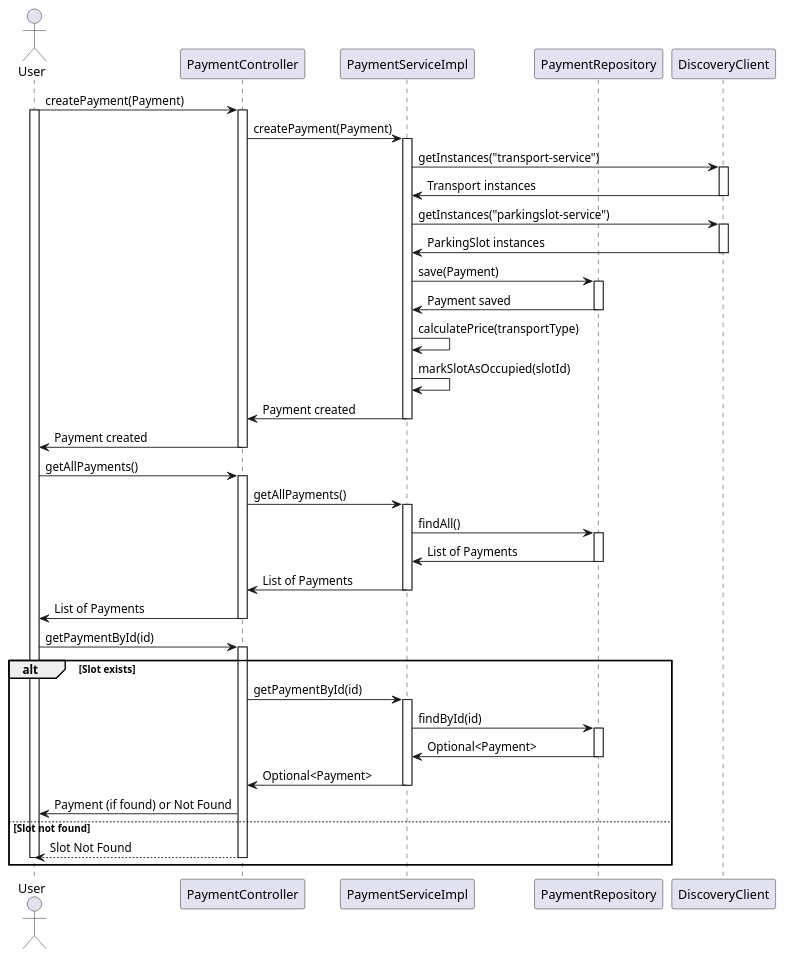
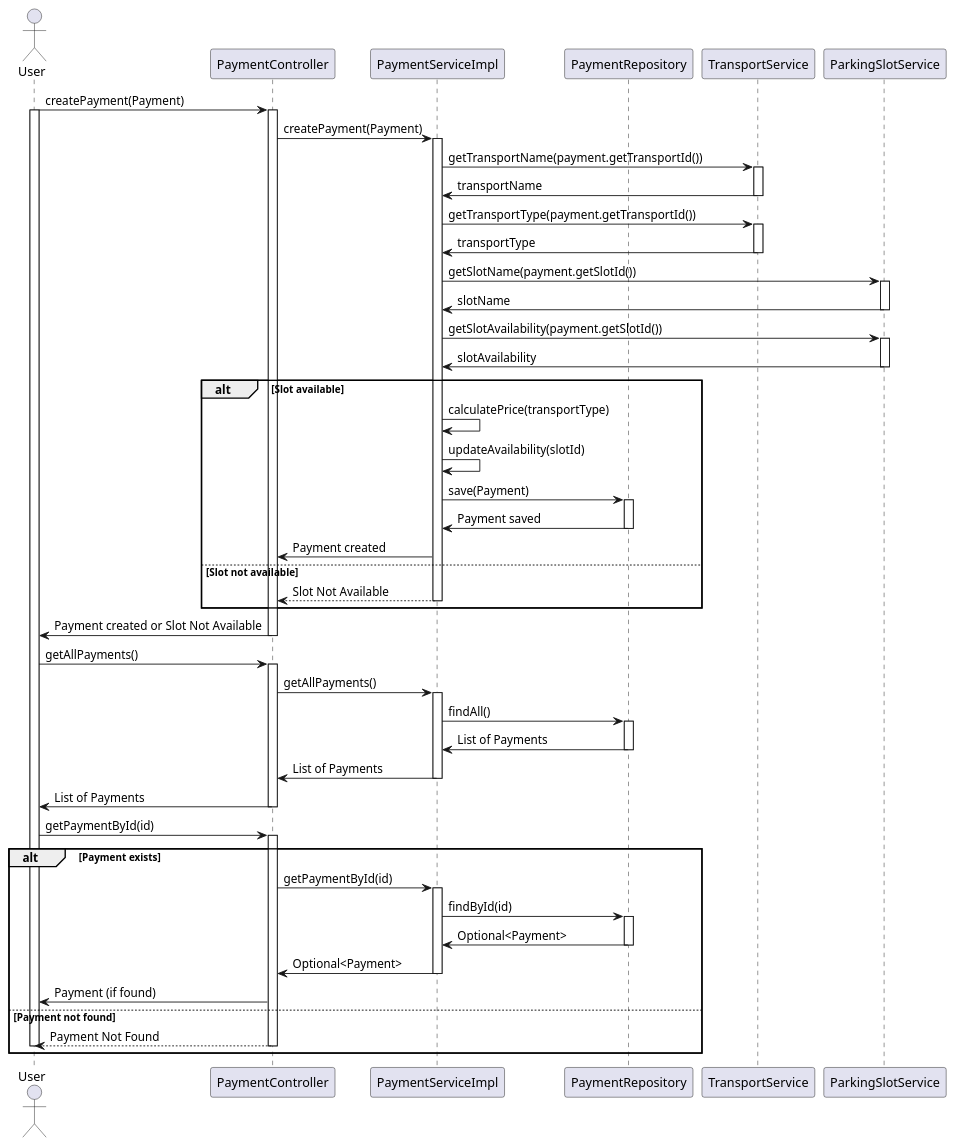
One commit to RakusasuDorea/MicroserviceDemo changed the diagram in payment-service/src/uml/Payment.puml. Above: the diagram before and after it, drawn with PlantUML.

```diff
--- a/payment-service/src/uml/Payment.puml
+++ b/payment-service/src/uml/Payment.puml
@@ -1,68 +1,85 @@
 @startuml
 
 actor User
 participant PaymentController
 participant PaymentServiceImpl
 participant PaymentRepository
-participant DiscoveryClient
+participant TransportService
+participant ParkingSlotService
 
 User -> PaymentController: createPayment(Payment)
 activate PaymentController
 activate User
 PaymentController -> PaymentServiceImpl: createPayment(Payment)
 activate PaymentServiceImpl
 
-PaymentServiceImpl -> DiscoveryClient: getInstances("transport-service")
-activate DiscoveryClient
-DiscoveryClient -> PaymentServiceImpl: Transport instances
-deactivate DiscoveryClient
+PaymentServiceImpl -> TransportService: getTransportName(payment.getTransportId())
+activate TransportService
+TransportService -> PaymentServiceImpl: transportName
+deactivate TransportService
 
-PaymentServiceImpl -> DiscoveryClient: getInstances("parkingslot-service")
-activate DiscoveryClient
-DiscoveryClient -> PaymentServiceImpl: ParkingSlot instances
-deactivate DiscoveryClient
+PaymentServiceImpl -> TransportService: getTransportType(payment.getTransportId())
+activate TransportService
+TransportService -> PaymentServiceImpl: transportType
+deactivate TransportService
 
-PaymentServiceImpl -> PaymentRepository: save(Payment)
-activate PaymentRepository
-PaymentRepository -> PaymentServiceImpl: Payment saved
-deactivate PaymentRepository
+PaymentServiceImpl -> ParkingSlotService: getSlotName(payment.getSlotId())
+activate ParkingSlotService
+ParkingSlotService -> PaymentServiceImpl: slotName
+deactivate ParkingSlotService
 
-PaymentServiceImpl -> PaymentServiceImpl: calculatePrice(transportType)
-PaymentServiceImpl -> PaymentServiceImpl: markSlotAsOccupied(slotId)
+PaymentServiceImpl -> ParkingSlotService: getSlotAvailability(payment.getSlotId())
+activate ParkingSlotService
+ParkingSlotService -> PaymentServiceImpl: slotAvailability
+deactivate ParkingSlotService
 
-PaymentServiceImpl -> PaymentController: Payment created
-deactivate PaymentServiceImpl
-PaymentController -> User: Payment created
+alt Slot available
+    PaymentServiceImpl -> PaymentServiceImpl: calculatePrice(transportType)
+    PaymentServiceImpl -> PaymentServiceImpl: updateAvailability(slotId)
+
+    PaymentServiceImpl -> PaymentRepository: save(Payment)
+    activate PaymentRepository
+    PaymentRepository -> PaymentServiceImpl: Payment saved
+    deactivate PaymentRepository
+
+    PaymentServiceImpl -> PaymentController: Payment created
+else Slot not available
+    PaymentServiceImpl --> PaymentController: Slot Not Available
+    deactivate PaymentServiceImpl
+end
+
+PaymentController -> User: Payment created or Slot Not Available
 deactivate PaymentController
 
 User -> PaymentController: getAllPayments()
 activate PaymentController
 PaymentController -> PaymentServiceImpl: getAllPayments()
 activate PaymentServiceImpl
 PaymentServiceImpl -> PaymentRepository: findAll()
 activate PaymentRepository
 PaymentRepository -> PaymentServiceImpl: List of Payments
 deactivate PaymentRepository
 PaymentServiceImpl -> PaymentController: List of Payments
 deactivate PaymentServiceImpl
 PaymentController -> User: List of Payments
 deactivate PaymentController
 
 User -> PaymentController: getPaymentById(id)
 activate PaymentController
-alt Slot exists
-PaymentController -> PaymentServiceImpl: getPaymentById(id)
-activate PaymentServiceImpl
-PaymentServiceImpl -> PaymentRepository: findById(id)
-activate PaymentRepository
-PaymentRepository -> PaymentServiceImpl: Optional<Payment>
-deactivate PaymentRepository
-PaymentServiceImpl -> PaymentController: Optional<Payment>
-deactivate PaymentServiceImpl
-PaymentController -> User: Payment (if found) or Not Found
-else Slot not found
-PaymentController --> User: Slot Not Found
-deactivate PaymentController
-deactivate User
+alt Payment exists
+    PaymentController -> PaymentServiceImpl: getPaymentById(id)
+    activate PaymentServiceImpl
+    PaymentServiceImpl -> PaymentRepository: findById(id)
+    activate PaymentRepository
+    PaymentRepository -> PaymentServiceImpl: Optional<Payment>
+    deactivate PaymentRepository
+    PaymentServiceImpl -> PaymentController: Optional<Payment>
+    deactivate PaymentServiceImpl
+    PaymentController -> User: Payment (if found)
+else Payment not found
+    PaymentController --> User: Payment Not Found
+    deactivate PaymentController
+    deactivate User
 end
+
 @enduml
```
